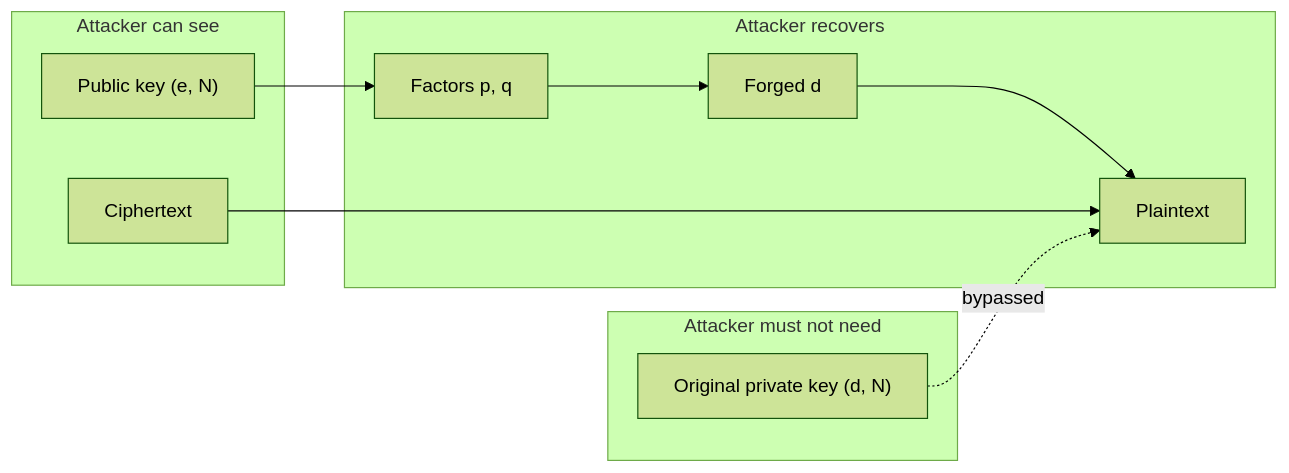
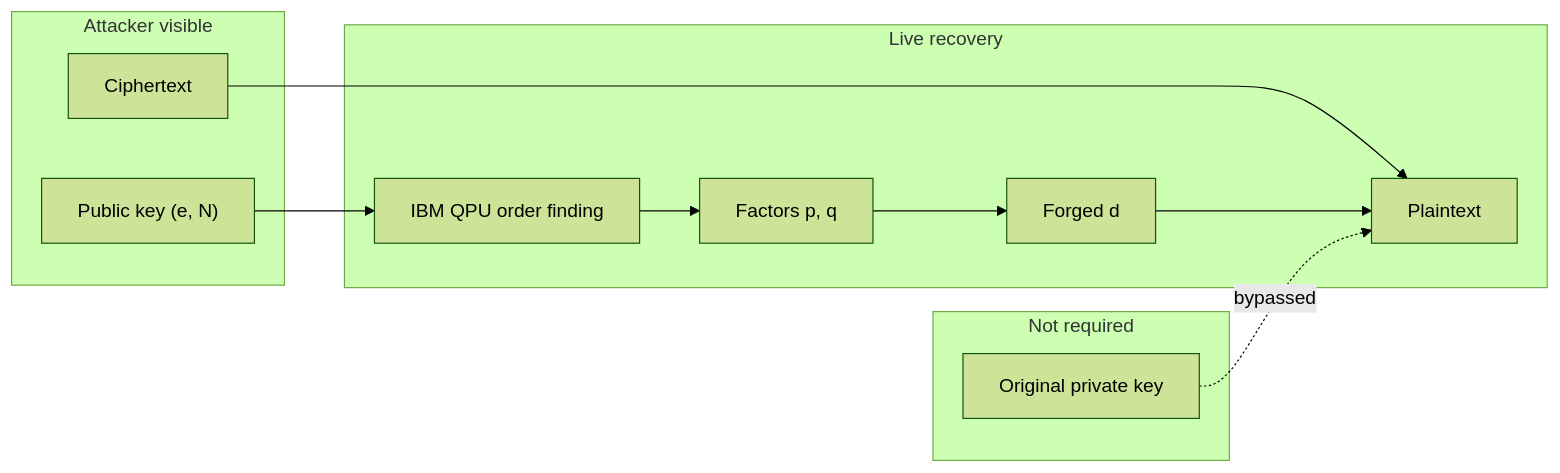
Before and after one commit to shep95/ZOSMA_ANTI_ENCRYPTION: the fourth of 4 diagrams in README.md, drawn with Mermaid (forest theme). The commit also changed other lines of this file and 9 other files, not shown here.

First line of the commit message:
Replace classical period finding with live IBM Quantum Shor.

````diff
--- a/README.md
+++ b/README.md
@@ -185,23 +176,23 @@
 ```mermaid
 flowchart LR
-  subgraph Public["Attacker can see"]
+  subgraph Visible["Attacker visible"]
     PK["Public key (e, N)"]
     CT["Ciphertext"]
   end
 
-  subgraph Secret["Attacker must not need"]
-    SK["Original private key (d, N)"]
+  subgraph Hidden["Not required"]
+    SK["Original private key"]
   end
 
-  subgraph Recovered["Attacker recovers"]
+  subgraph Live["Live recovery"]
+    QPU["IBM QPU order finding"]
     PQ["Factors p, q"]
     DK["Forged d"]
     PT["Plaintext"]
   end
 
-  PK --> PQ
-  PQ --> DK
+  PK --> QPU --> PQ --> DK
+  CT --> PT
   DK --> PT
-  CT --> PT
   SK -.->|bypassed| PT
 ```
````
